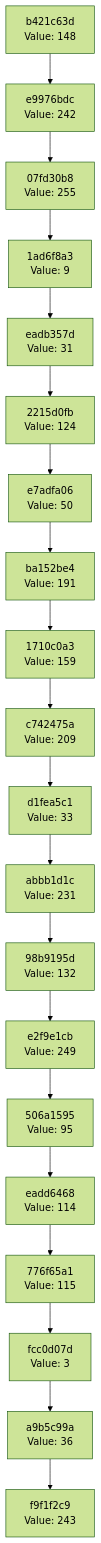
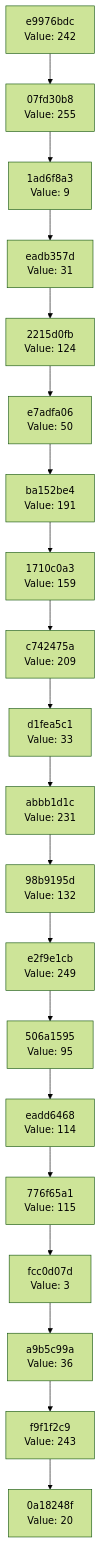
The diagram in docs/CHAIN_VISUALIZATION.md (Abhisheksinha1506/hash-chain-evolver), drawn with Mermaid (forest theme) before and after one commit. The commit also changed 3 other files, not shown here.

````diff
--- a/docs/CHAIN_VISUALIZATION.md
+++ b/docs/CHAIN_VISUALIZATION.md
@@ -3,42 +3,42 @@
 ```mermaid
 graph TD
-    C0["f9f1f2c9<br/>Value: 243"]
-    C1["a9b5c99a<br/>Value: 36"]
+    C0["0a18248f<br/>Value: 20"]
+    C1["f9f1f2c9<br/>Value: 243"]
     C1 --> C0
-    C2["fcc0d07d<br/>Value: 3"]
+    C2["a9b5c99a<br/>Value: 36"]
     C2 --> C1
-    C3["776f65a1<br/>Value: 115"]
+    C3["fcc0d07d<br/>Value: 3"]
     C3 --> C2
-    C4["eadd6468<br/>Value: 114"]
+    C4["776f65a1<br/>Value: 115"]
     C4 --> C3
-    C5["506a1595<br/>Value: 95"]
+    C5["eadd6468<br/>Value: 114"]
     C5 --> C4
-    C6["e2f9e1cb<br/>Value: 249"]
+    C6["506a1595<br/>Value: 95"]
     C6 --> C5
-    C7["98b9195d<br/>Value: 132"]
+    C7["e2f9e1cb<br/>Value: 249"]
     C7 --> C6
-    C8["abbb1d1c<br/>Value: 231"]
+    C8["98b9195d<br/>Value: 132"]
     C8 --> C7
-    C9["d1fea5c1<br/>Value: 33"]
+    C9["abbb1d1c<br/>Value: 231"]
     C9 --> C8
-    C10["c742475a<br/>Value: 209"]
+    C10["d1fea5c1<br/>Value: 33"]
     C10 --> C9
-    C11["1710c0a3<br/>Value: 159"]
+    C11["c742475a<br/>Value: 209"]
     C11 --> C10
-    C12["ba152be4<br/>Value: 191"]
+    C12["1710c0a3<br/>Value: 159"]
     C12 --> C11
-    C13["e7adfa06<br/>Value: 50"]
+    C13["ba152be4<br/>Value: 191"]
     C13 --> C12
-    C14["2215d0fb<br/>Value: 124"]
+    C14["e7adfa06<br/>Value: 50"]
     C14 --> C13
-    C15["eadb357d<br/>Value: 31"]
+    C15["2215d0fb<br/>Value: 124"]
     C15 --> C14
-    C16["1ad6f8a3<br/>Value: 9"]
+    C16["eadb357d<br/>Value: 31"]
     C16 --> C15
-    C17["07fd30b8<br/>Value: 255"]
+    C17["1ad6f8a3<br/>Value: 9"]
     C17 --> C16
-    C18["e9976bdc<br/>Value: 242"]
+    C18["07fd30b8<br/>Value: 255"]
     C18 --> C17
-    C19["b421c63d<br/>Value: 148"]
+    C19["e9976bdc<br/>Value: 242"]
     C19 --> C18
 ```
````
